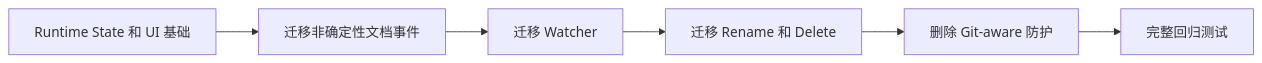
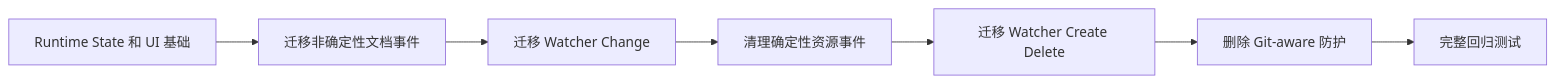
One commit to Leo7805/czaza changed the diagram in .czaza/architecture-notes/diagrams/git-decoupling-migration.md. Above: the diagram before and after it, drawn with Mermaid. The commit also changed other lines of this file and 23 other files, not shown here.

Commit message:
docs(architecture): consolidate runtime state documentation

````diff
--- a/.czaza/architecture-notes/diagrams/git-decoupling-migration.md
+++ b/.czaza/architecture-notes/diagrams/git-decoupling-migration.md
@@ -16,8 +16,9 @@
 ```mermaid
 flowchart LR
     A[Runtime State 和 UI 基础] --> B[迁移非确定性文档事件]
-    B --> C[迁移 Watcher]
-    C --> D[迁移 Rename 和 Delete]
-    D --> E[删除 Git-aware 防护]
-    E --> F[完整回归测试]
+    B --> C[迁移 Watcher Change]
+    C --> D[清理确定性资源事件]
+    D --> E[迁移 Watcher Create Delete]
+    E --> F[删除 Git-aware 防护]
+    F --> G[完整回归测试]
 ```
````
